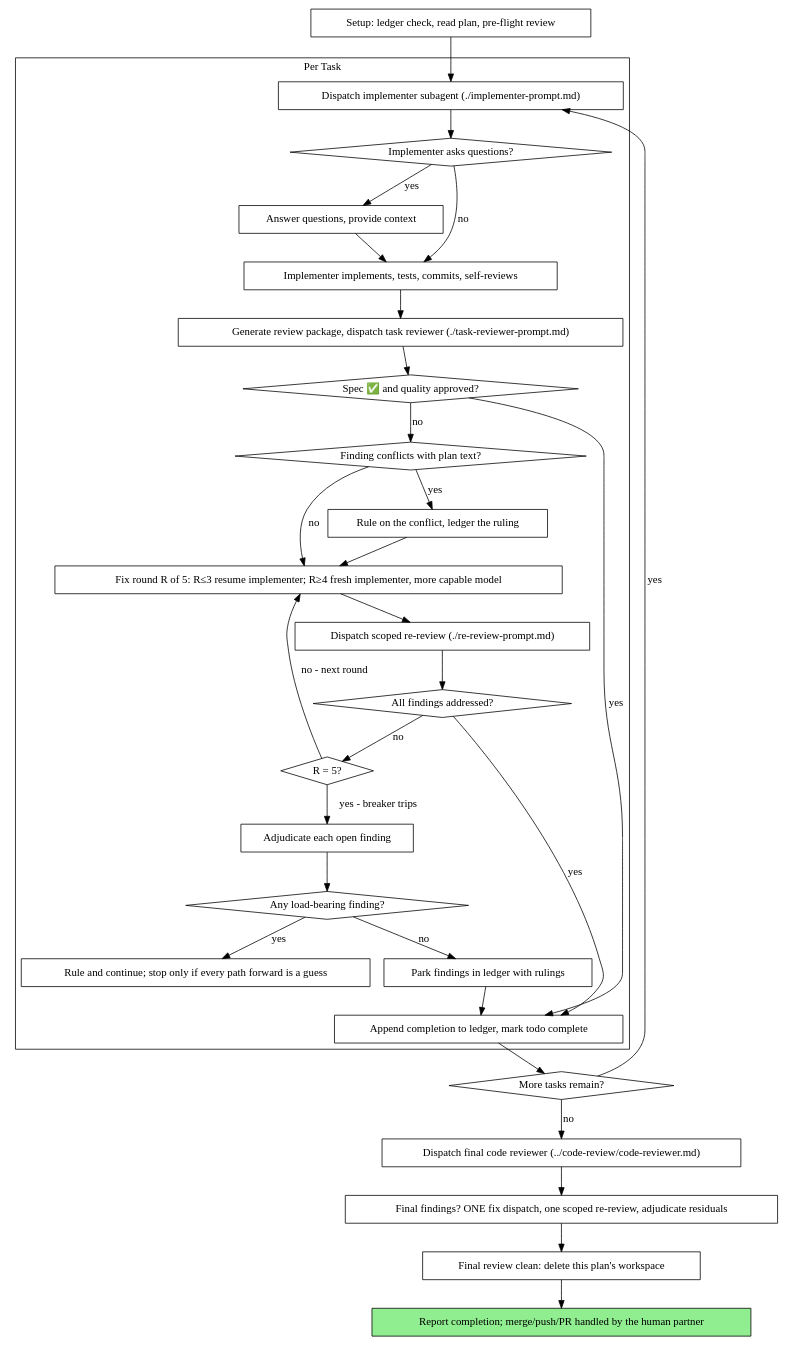
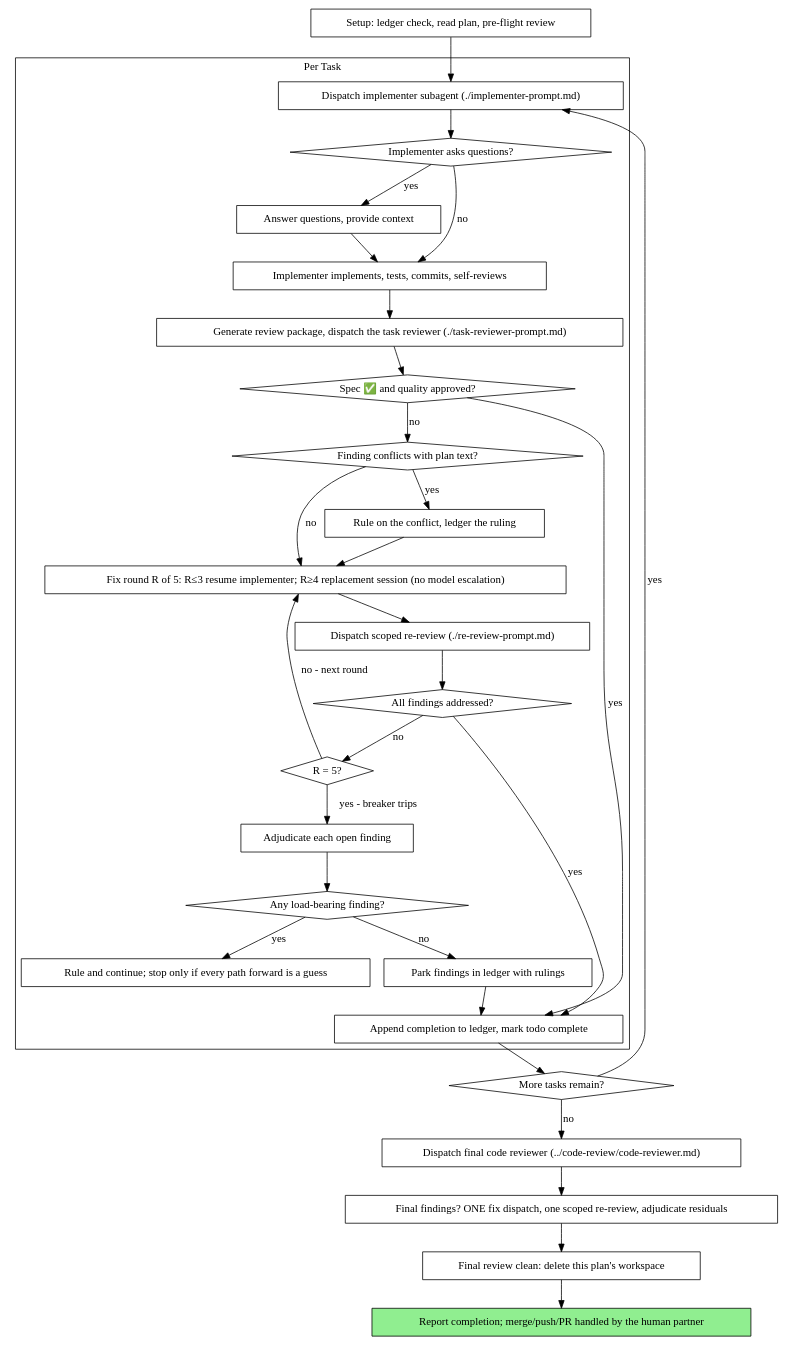
The second of 2 diagrams in skills/subagent-driven-development/SKILL.md (yfx2726269/superpowers), drawn with Graphviz before and after one commit. The commit also changed other lines of this file and 3 other files, not shown here.

````diff
--- a/skills/subagent-driven-development/SKILL.md
+++ b/skills/subagent-driven-development/SKILL.md
@@ -71,62 +71,62 @@
 ```dot
 digraph process {
     rankdir=TB;
 
     subgraph cluster_per_task {
         label="Per Task";
         "Dispatch implementer subagent (./implementer-prompt.md)" [shape=box];
         "Implementer asks questions?" [shape=diamond];
         "Answer questions, provide context" [shape=box];
         "Implementer implements, tests, commits, self-reviews" [shape=box];
-        "Generate review package, dispatch task reviewer (./task-reviewer-prompt.md)" [shape=box];
+        "Generate review package, dispatch the task reviewer (./task-reviewer-prompt.md)" [shape=box];
         "Spec ✅ and quality approved?" [shape=diamond];
         "Finding conflicts with plan text?" [shape=diamond];
         "Rule on the conflict, ledger the ruling" [shape=box];
-        "Fix round R of 5: R≤3 resume implementer; R≥4 fresh implementer, more capable model" [shape=box];
+        "Fix round R of 5: R≤3 resume implementer; R≥4 replacement session (no model escalation)" [shape=box];
         "Dispatch scoped re-review (./re-review-prompt.md)" [shape=box];
         "All findings addressed?" [shape=diamond];
         "R = 5?" [shape=diamond];
         "Adjudicate each open finding" [shape=box];
         "Any load-bearing finding?" [shape=diamond];
         "Rule and continue; stop only if every path forward is a guess" [shape=box];
         "Park findings in ledger with rulings" [shape=box];
         "Append completion to ledger, mark todo complete" [shape=box];
     }
 
     "Setup: ledger check, read plan, pre-flight review" [shape=box];
     "More tasks remain?" [shape=diamond];
     "Dispatch final code reviewer (../code-review/code-reviewer.md)" [shape=box];
     "Final findings? ONE fix dispatch, one scoped re-review, adjudicate residuals" [shape=box];
     "Final review clean: delete this plan's workspace" [shape=box];
     "Report completion; merge/push/PR handled by the human partner" [shape=box style=filled fillcolor=lightgreen];
 
     "Setup: ledger check, read plan, pre-flight review" -> "Dispatch implementer subagent (./implementer-prompt.md)";
     "Dispatch implementer subagent (./implementer-prompt.md)" -> "Implementer asks questions?";
     "Implementer asks questions?" -> "Answer questions, provide context" [label="yes"];
     "Answer questions, provide context" -> "Implementer implements, tests, commits, self-reviews";
     "Implementer asks questions?" -> "Implementer implements, tests, commits, self-reviews" [label="no"];
-    "Implementer implements, tests, commits, self-reviews" -> "Generate review package, dispatch task reviewer (./task-reviewer-prompt.md)";
-    "Generate review package, dispatch task reviewer (./task-reviewer-prompt.md)" -> "Spec ✅ and quality approved?";
+    "Implementer implements, tests, commits, self-reviews" -> "Generate review package, dispatch the task reviewer (./task-reviewer-prompt.md)";
+    "Generate review package, dispatch the task reviewer (./task-reviewer-prompt.md)" -> "Spec ✅ and quality approved?";
     "Spec ✅ and quality approved?" -> "Append completion to ledger, mark todo complete" [label="yes"];
     "Spec ✅ and quality approved?" -> "Finding conflicts with plan text?" [label="no"];
     "Finding conflicts with plan text?" -> "Rule on the conflict, ledger the ruling" [label="yes"];
-    "Rule on the conflict, ledger the ruling" -> "Fix round R of 5: R≤3 resume implementer; R≥4 fresh implementer, more capable model";
-    "Finding conflicts with plan text?" -> "Fix round R of 5: R≤3 resume implementer; R≥4 fresh implementer, more capable model" [label="no"];
-    "Fix round R of 5: R≤3 resume implementer; R≥4 fresh implementer, more capable model" -> "Dispatch scoped re-review (./re-review-prompt.md)";
+    "Rule on the conflict, ledger the ruling" -> "Fix round R of 5: R≤3 resume implementer; R≥4 replacement session (no model escalation)";
+    "Finding conflicts with plan text?" -> "Fix round R of 5: R≤3 resume implementer; R≥4 replacement session (no model escalation)" [label="no"];
+    "Fix round R of 5: R≤3 resume implementer; R≥4 replacement session (no model escalation)" -> "Dispatch scoped re-review (./re-review-prompt.md)";
     "Dispatch scoped re-review (./re-review-prompt.md)" -> "All findings addressed?";
     "All findings addressed?" -> "Append completion to ledger, mark todo complete" [label="yes"];
     "All findings addressed?" -> "R = 5?" [label="no"];
-    "R = 5?" -> "Fix round R of 5: R≤3 resume implementer; R≥4 fresh implementer, more capable model" [label="no - next round"];
+    "R = 5?" -> "Fix round R of 5: R≤3 resume implementer; R≥4 replacement session (no model escalation)" [label="no - next round"];
     "R = 5?" -> "Adjudicate each open finding" [label="yes - breaker trips"];
     "Adjudicate each open finding" -> "Any load-bearing finding?";
     "Any load-bearing finding?" -> "Rule and continue; stop only if every path forward is a guess" [label="yes"];
     "Any load-bearing finding?" -> "Park findings in ledger with rulings" [label="no"];
     "Park findings in ledger with rulings" -> "Append completion to ledger, mark todo complete";
     "Append completion to ledger, mark todo complete" -> "More tasks remain?";
     "More tasks remain?" -> "Dispatch implementer subagent (./implementer-prompt.md)" [label="yes"];
     "More tasks remain?" -> "Dispatch final code reviewer (../code-review/code-reviewer.md)" [label="no"];
     "Dispatch final code reviewer (../code-review/code-reviewer.md)" -> "Final findings? ONE fix dispatch, one scoped re-review, adjudicate residuals";
     "Final findings? ONE fix dispatch, one scoped re-review, adjudicate residuals" -> "Final review clean: delete this plan's workspace";
     "Final review clean: delete this plan's workspace" -> "Report completion; merge/push/PR handled by the human partner";
 }
 ```
````
